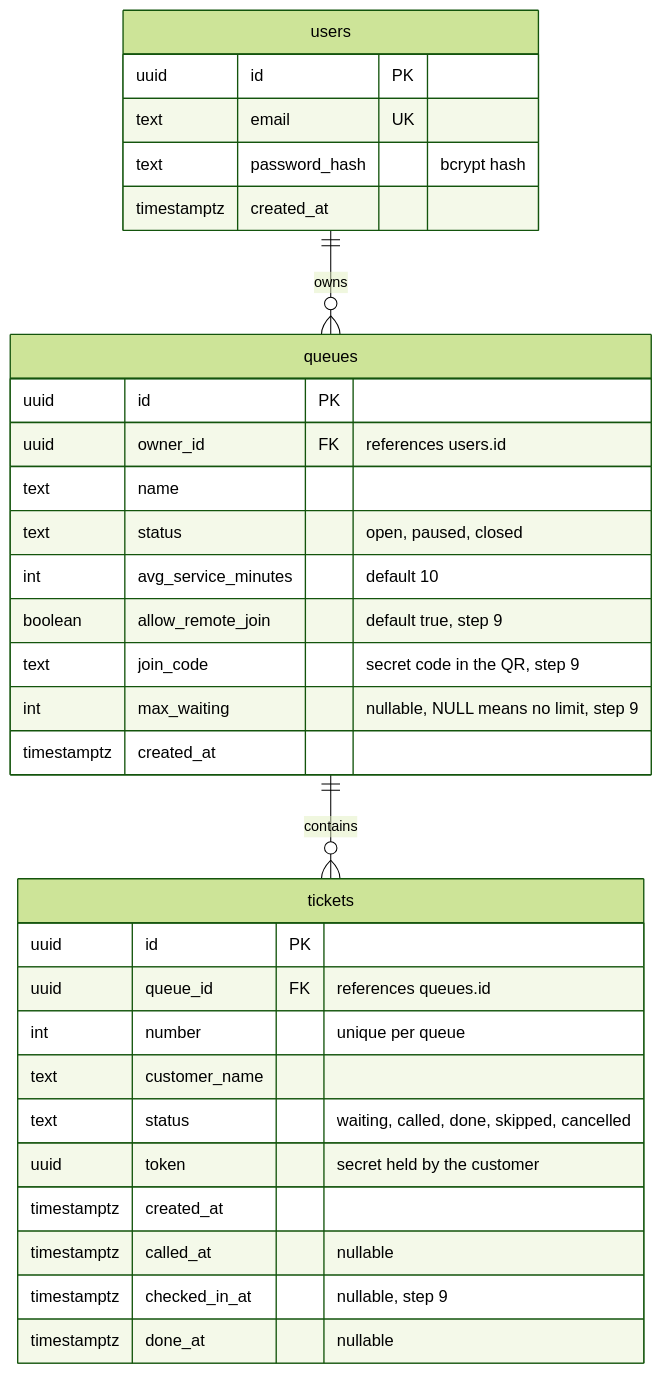
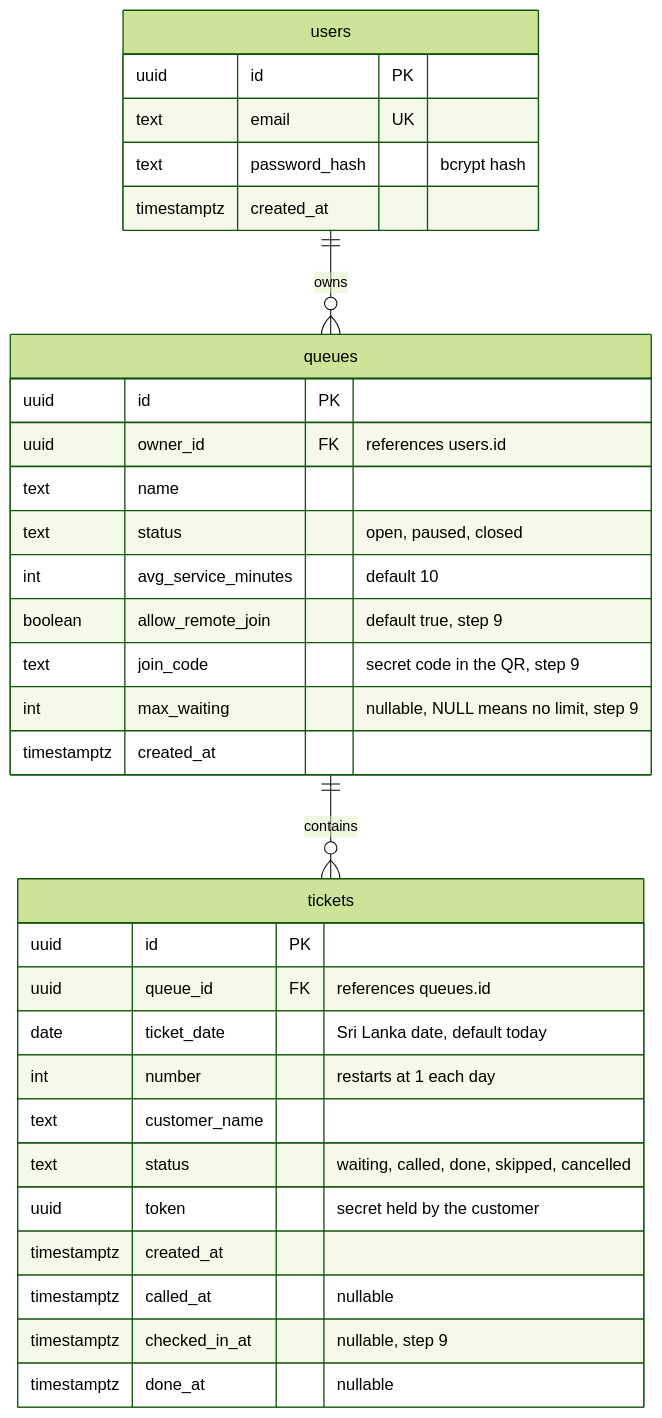
One commit to vidurukalpana/QueueLess changed the diagram in docs/er-diagram.md. Above: the diagram before and after it, drawn with Mermaid (forest theme). The commit also changed other lines of this file, not shown here.

Commit message:
add er diagram

````diff
--- a/docs/er-diagram.md
+++ b/docs/er-diagram.md
@@ -5,37 +5,38 @@
 ```mermaid
 erDiagram
     users ||--o{ queues : owns
     queues ||--o{ tickets : contains
 
     users {
         uuid id PK
         text email UK
         text password_hash "bcrypt hash"
         timestamptz created_at
     }
 
     queues {
         uuid id PK
         uuid owner_id FK "references users.id"
         text name
         text status "open, paused, closed"
         int avg_service_minutes "default 10"
         boolean allow_remote_join "default true, step 9"
         text join_code "secret code in the QR, step 9"
         int max_waiting "nullable, NULL means no limit, step 9"
         timestamptz created_at
     }
 
     tickets {
         uuid id PK
         uuid queue_id FK "references queues.id"
-        int number "unique per queue"
+        date ticket_date "Sri Lanka date, default today"
+        int number "restarts at 1 each day"
         text customer_name
         text status "waiting, called, done, skipped, cancelled"
         uuid token "secret held by the customer"
         timestamptz created_at
         timestamptz called_at "nullable"
         timestamptz checked_in_at "nullable, step 9"
         timestamptz done_at "nullable"
     }
 ```
````
